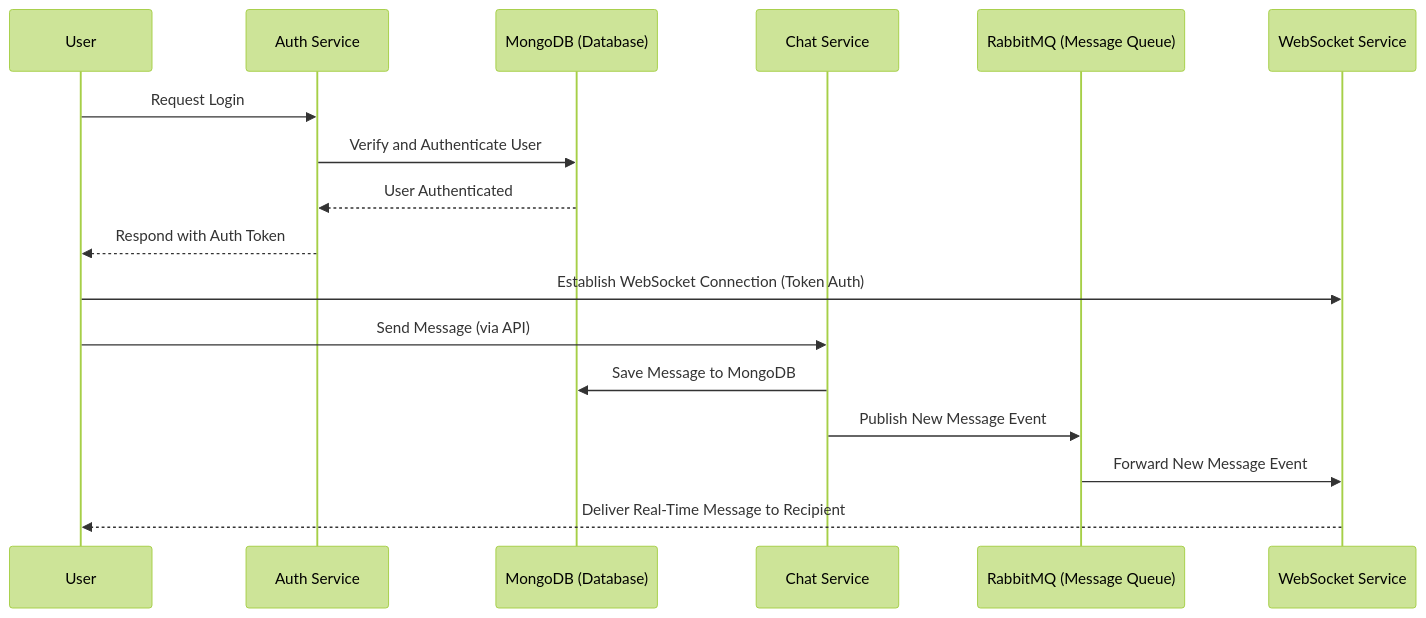
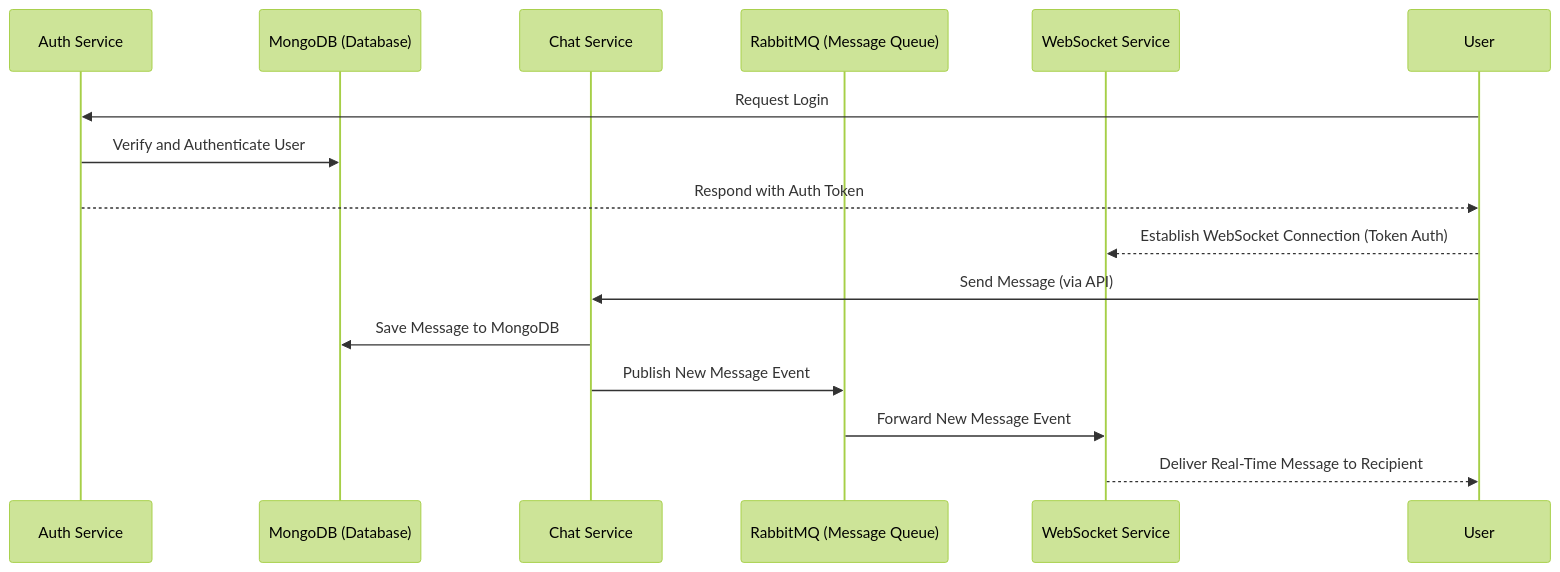
Before and after one commit to Eshetu21/DS-CHAT: the diagram in README.md, drawn with Mermaid (forest theme).

````diff
--- a/README.md
+++ b/README.md
@@ -84,24 +84,24 @@
 ```mermaid
 sequenceDiagram
-    participant User as User
     participant AuthService as Auth Service
     participant MongoDB as MongoDB (Database)
     participant ChatService as Chat Service
     participant RabbitMQ as RabbitMQ (Message Queue)
     participant WebSocket as WebSocket Service
+    participant User as User
 
     User ->> AuthService: Request Login
     AuthService ->> MongoDB: Verify and Authenticate User
-    MongoDB -->> AuthService: User Authenticated
     AuthService -->> User: Respond with Auth Token
-
-    User ->> WebSocket: Establish WebSocket Connection (Token Auth)
+    User -->> WebSocket: Establish WebSocket Connection (Token Auth)
+    
 
     User ->> ChatService: Send Message (via API)
     ChatService ->> MongoDB: Save Message to MongoDB
     ChatService ->> RabbitMQ: Publish New Message Event
     RabbitMQ ->> WebSocket: Forward New Message Event
     WebSocket -->> User: Deliver Real-Time Message to Recipient
 
 
+
 ```
````
